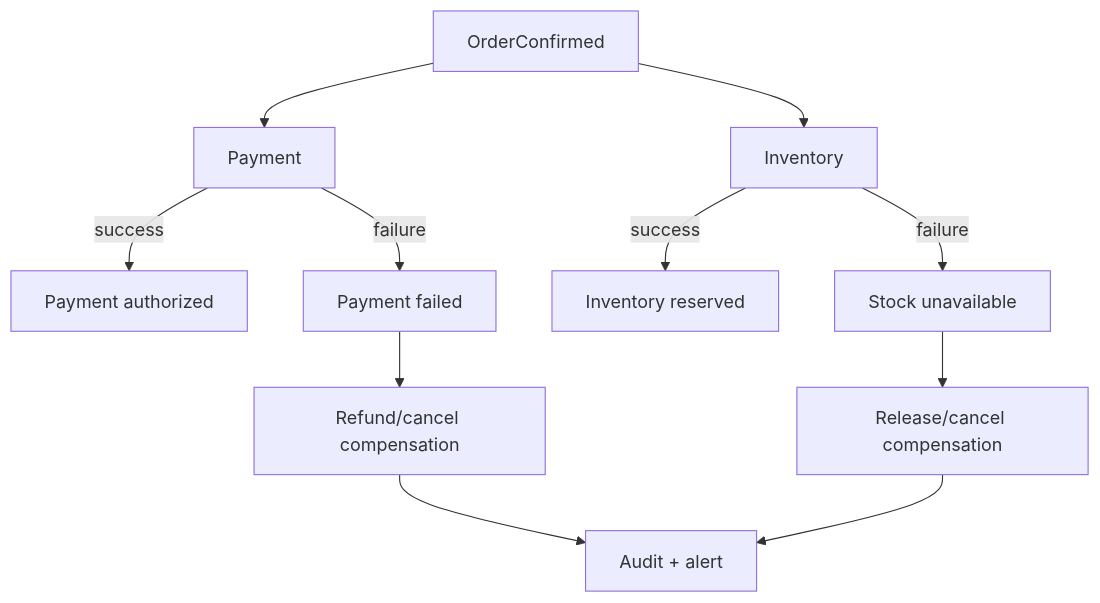
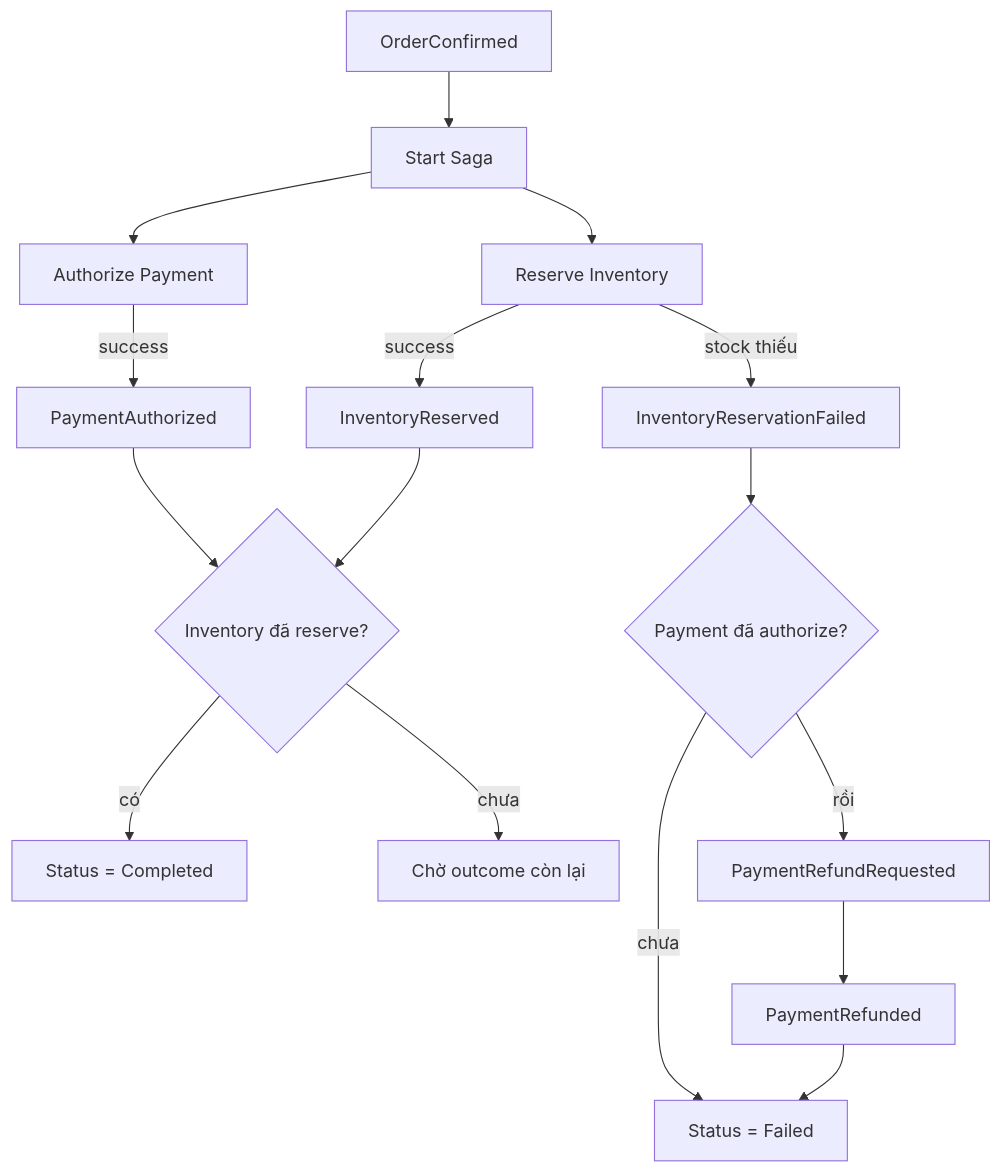
The third of 12 diagrams in docs/POS-ARCHITECTURE-LEARNING-GUIDE.md (caomihquan/POSCafe), drawn with Mermaid before and after one commit. The commit also changed other lines of this file and 35 other files, not shown here.

```diff
--- a/docs/POS-ARCHITECTURE-LEARNING-GUIDE.md
+++ b/docs/POS-ARCHITECTURE-LEARNING-GUIDE.md
@@ -794,13 +806,18 @@
 ~~~mermaid
 flowchart TD
-    OC[OrderConfirmed] --> P[Payment]
-    OC --> I[Inventory]
-    P -->|success| PA[Payment authorized]
-    I -->|success| IR[Inventory reserved]
-    P -->|failure| PF[Payment failed]
-    I -->|failure| IF[Stock unavailable]
-    PF --> RC[Refund/cancel compensation]
-    IF --> RI[Release/cancel compensation]
-    RC --> E[Audit + alert]
-    RI --> E
+    A[OrderConfirmed] --> S[Start Saga]
+    S --> P[Authorize Payment]
+    S --> I[Reserve Inventory]
+    I -->|success| IR[InventoryReserved]
+    I -->|stock thiếu| IF[InventoryReservationFailed]
+    IF --> C{Payment đã authorize?}
+    C -->|chưa| F[Status = Failed]
+    C -->|rồi| RF[PaymentRefundRequested]
+    RF --> R[PaymentRefunded]
+    R --> F
+    P -->|success| PA[PaymentAuthorized]
+    PA --> D{Inventory đã reserve?}
+    D -->|có| OK[Status = Completed]
+    D -->|chưa| W[Chờ outcome còn lại]
+    IR --> D
 ~~~
```
